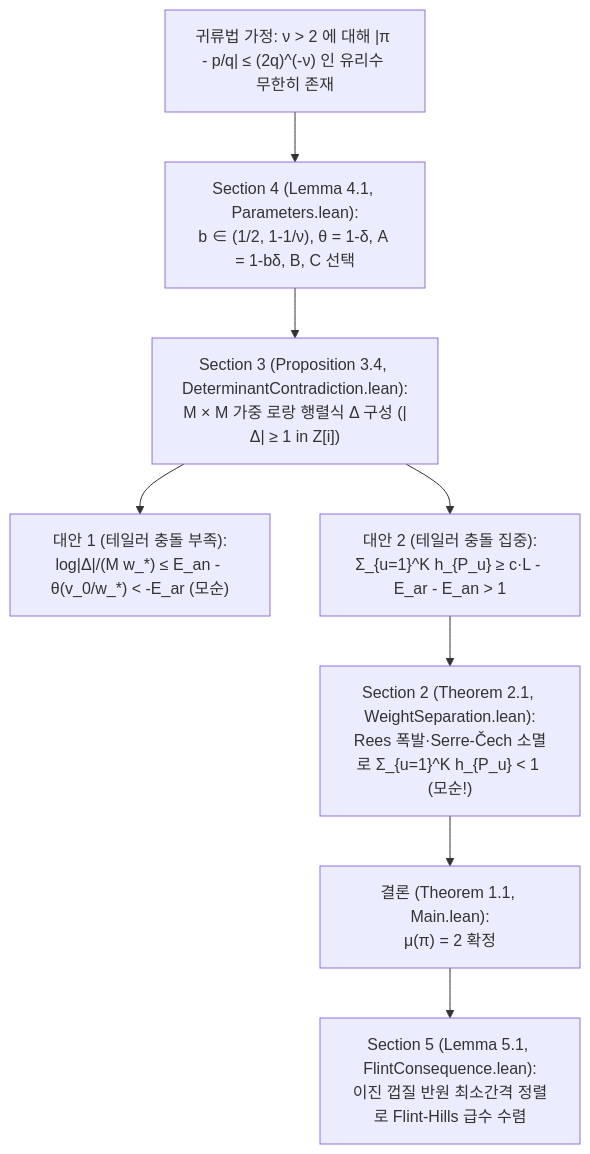
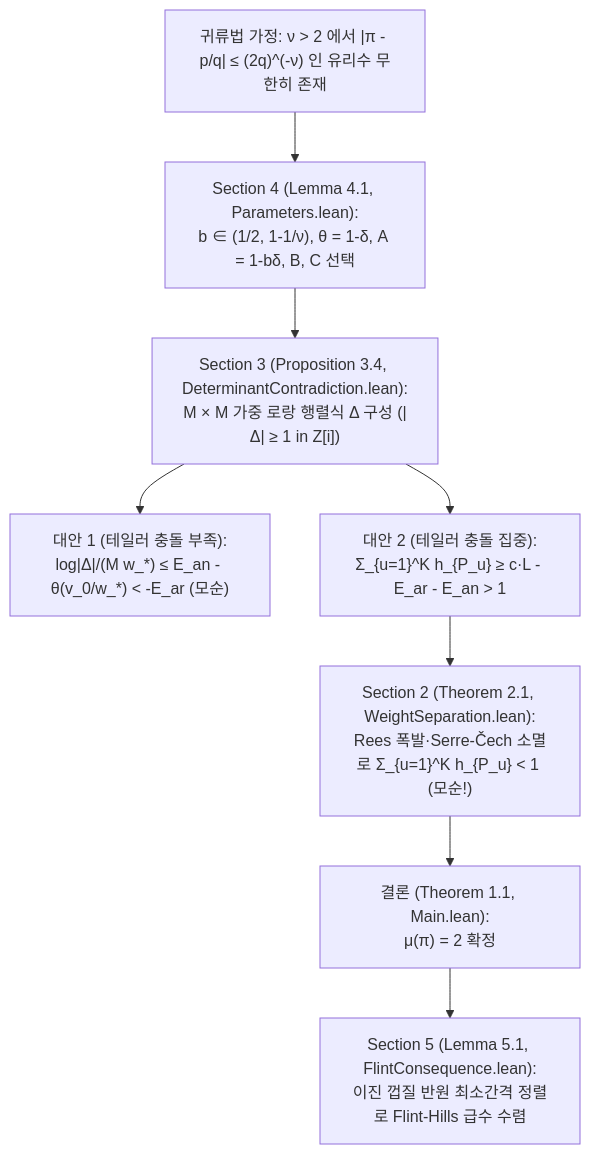
Before and after one commit to gilheumpark-bit/ultari-proof-anatomy: the diagram in anatomy/010-openai-017-pi-irrationality-exponent/ko/02_중급자용_구조및수식가이드.md, drawn with Mermaid. The commit also changed other lines of this file and 244 other files, not shown here.

````diff
--- a/anatomy/010-openai-017-pi-irrationality-exponent/ko/02_중급자용_구조및수식가이드.md
+++ b/anatomy/010-openai-017-pi-irrationality-exponent/ko/02_중급자용_구조및수식가이드.md
@@ -12,10 +12,10 @@
 ```mermaid
 flowchart TD
-    A["귀류법 가정: ν > 2 에 대해 |π - p/q| ≤ (2q)^(-ν) 인 유리수 무한히 존재"] --> B["Section 4 (Lemma 4.1, Parameters.lean):<br/>b ∈ (1/2, 1-1/ν), θ = 1-δ, A = 1-bδ, B, C 선택"]
+    A["귀류법 가정: ν > 2 에서 |π - p/q| ≤ (2q)^(-ν) 인 유리수 무한히 존재"] --> B["Section 4 (Lemma 4.1, Parameters.lean):<br/>b ∈ (1/2, 1-1/ν), θ = 1-δ, A = 1-bδ, B, C 선택"]
     B --> C["Section 3 (Proposition 3.4, DeterminantContradiction.lean):<br/>M × M 가중 로랑 행렬식 Δ 구성 (|Δ| ≥ 1 in Z[i])"]
     C --> D["대안 1 (테일러 충돌 부족):<br/>log|Δ|/(M w_*) ≤ E_an - θ(v_0/w_*) < -E_ar (모순)"]
     C --> E["대안 2 (테일러 충돌 집중):<br/>Σ_{u=1}^K h_{P_u} ≥ c·L - E_ar - E_an > 1"]
     E --> F["Section 2 (Theorem 2.1, WeightSeparation.lean):<br/>Rees 폭발·Serre-Čech 소멸로 Σ_{u=1}^K h_{P_u} < 1 (모순!)"]
     F --> G["결론 (Theorem 1.1, Main.lean):<br/>μ(π) = 2 확정"]
     G --> H["Section 5 (Lemma 5.1, FlintConsequence.lean):<br/>이진 껍질 반원 최소간격 정렬로 Flint-Hills 급수 수렴"]
 ```
````
